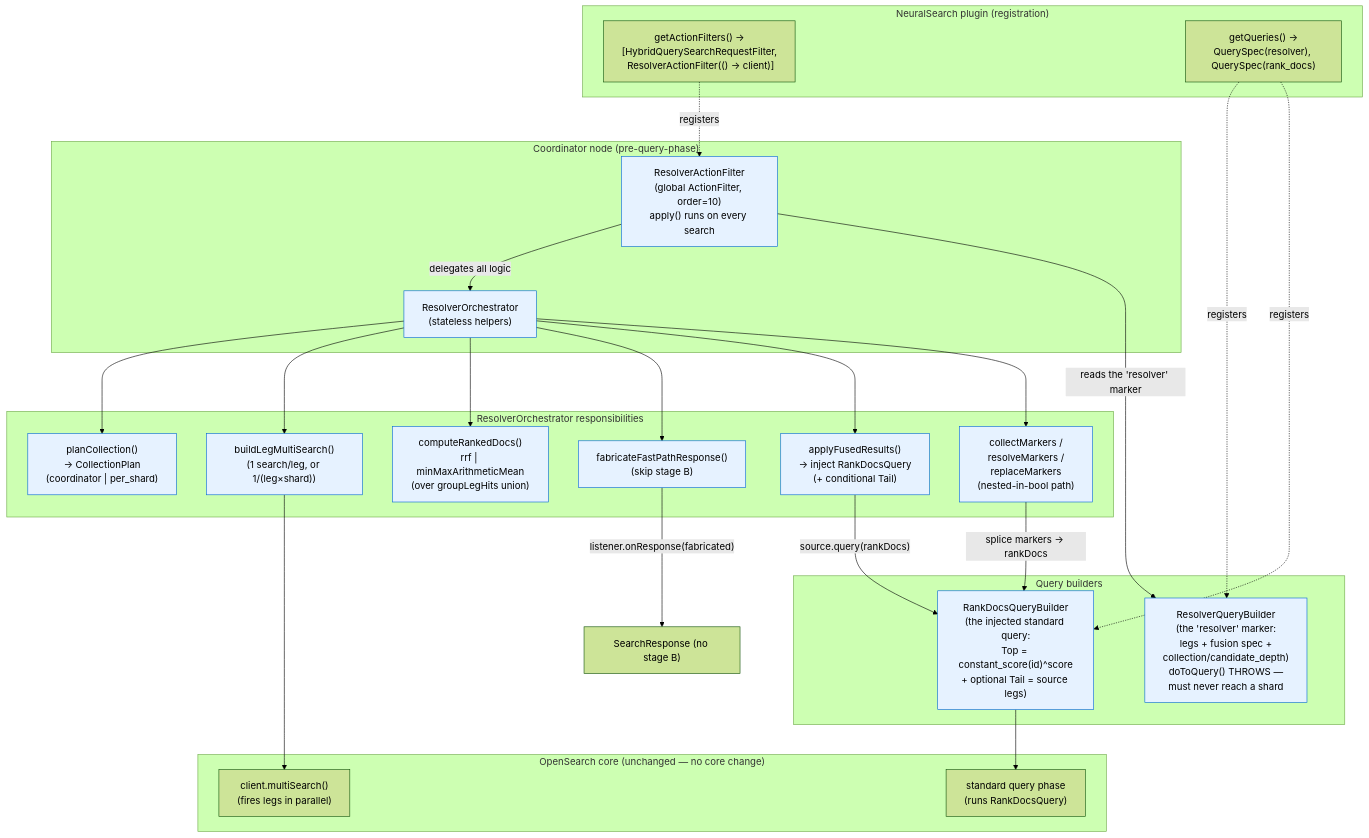
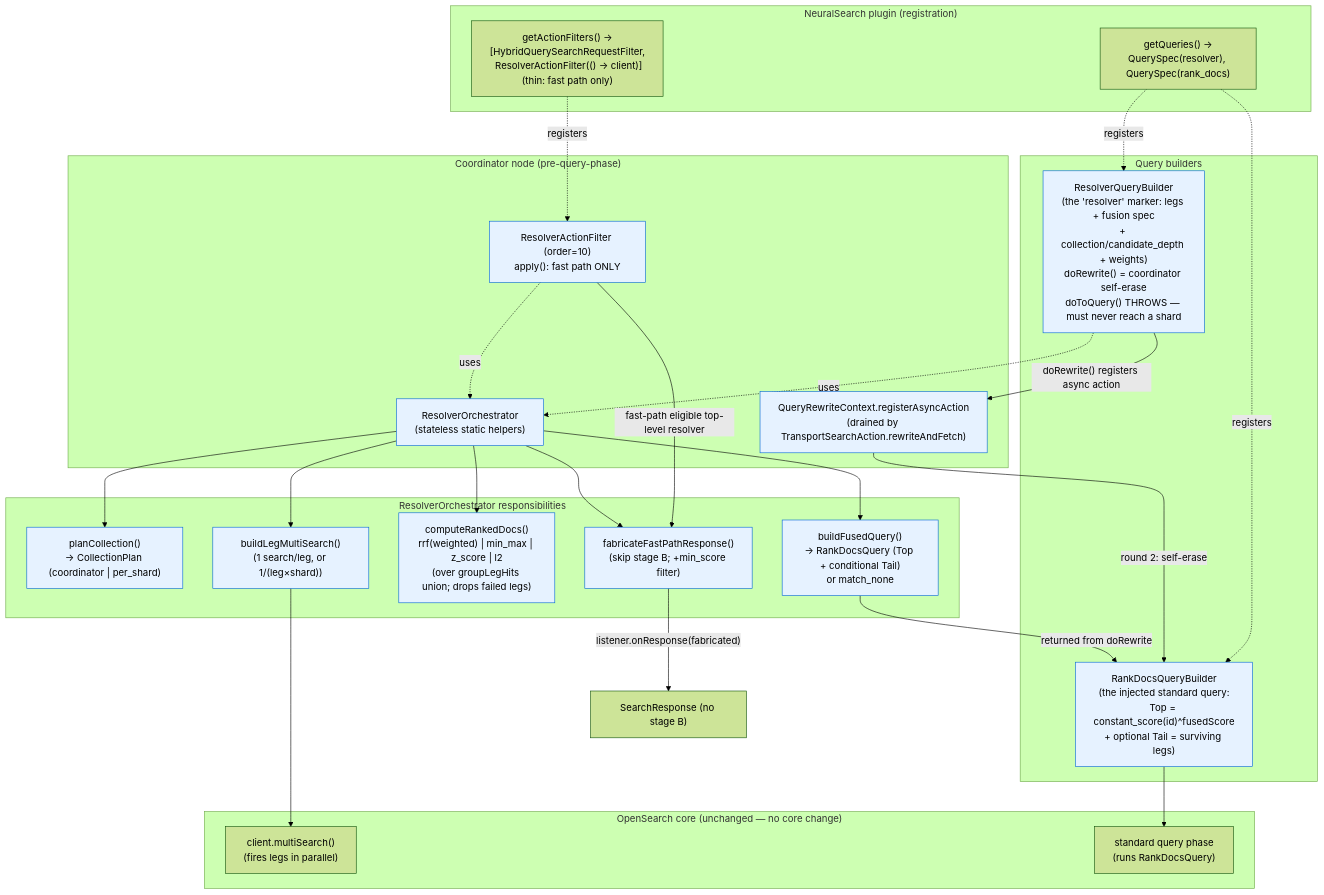
The first of 7 diagrams in RESOLVER_POC_DIAGRAMS.md (martin-gaievski/neural-search), drawn with Mermaid (forest theme) before and after one commit. The commit also changed other lines of this file and 1 other file, not shown here.

First line of the commit message:
docs(resolver): update POC README + diagrams to v2 architecture

````diff
--- a/RESOLVER_POC_DIAGRAMS.md
+++ b/RESOLVER_POC_DIAGRAMS.md
@@ -11,46 +13,48 @@
 ```mermaid
 flowchart TB
     subgraph plugin["NeuralSearch plugin (registration)"]
-        REG_AF["getActionFilters() →\n[HybridQuerySearchRequestFilter,\n ResolverActionFilter(() → client)]"]
         REG_Q["getQueries() →\nQuerySpec(resolver), QuerySpec(rank_docs)"]
+        REG_AF["getActionFilters() →\n[HybridQuerySearchRequestFilter,\n ResolverActionFilter(() → client)]\n(thin: fast path only)"]
+    end
+
+    subgraph queries["Query builders"]
+        RQB["ResolverQueryBuilder\n(the 'resolver' marker: legs + fusion spec\n+ collection/candidate_depth + weights)\ndoRewrite() = coordinator self-erase\ndoToQuery() THROWS — must never reach a shard"]
+        RDQB["RankDocsQueryBuilder\n(the injected standard query:\nTop = constant_score(id)^fusedScore\n+ optional Tail = surviving legs)"]
     end
 
     subgraph coord["Coordinator node (pre-query-phase)"]
-        AF["ResolverActionFilter\n(global ActionFilter, order=10)\napply() runs on every search"]
-        ORCH["ResolverOrchestrator\n(stateless helpers)"]
-        AF -->|"delegates all logic"| ORCH
-    end
-
-    subgraph queries["Query builders"]
-        RQB["ResolverQueryBuilder\n(the 'resolver' marker:\nlegs + fusion spec +\ncollection/candidate_depth)\ndoToQuery() THROWS —\nmust never reach a shard"]
-        RDQB["RankDocsQueryBuilder\n(the injected standard query:\nTop = constant_score(id)^score\n+ optional Tail = source legs)"]
+        RW["QueryRewriteContext.registerAsyncAction\n(drained by TransportSearchAction.rewriteAndFetch)"]
+        AF["ResolverActionFilter (order=10)\napply(): fast path ONLY"]
+        ORCH["ResolverOrchestrator\n(stateless static helpers)"]
     end
 
     subgraph orchparts["ResolverOrchestrator responsibilities"]
-        PLAN["planCollection()\n→ CollectionPlan\n(coordinator | per_shard)"]
+        PLAN["planCollection()\n→ CollectionPlan (coordinator | per_shard)"]
         BUILD["buildLegMultiSearch()\n(1 search/leg, or 1/(leg×shard))"]
-        FUSE["computeRankedDocs()\nrrf | minMaxArithmeticMean\n(over groupLegHits union)"]
-        FAB["fabricateFastPathResponse()\n(skip stage B)"]
-        APPLY["applyFusedResults()\n→ inject RankDocsQuery\n(+ conditional Tail)"]
-        NEST["collectMarkers /\nresolveMarkers /\nreplaceMarkers\n(nested-in-bool path)"]
+        FUSE["computeRankedDocs()\nrrf(weighted) | min_max | z_score | l2\n(over groupLegHits union; drops failed legs)"]
+        BFQ["buildFusedQuery()\n→ RankDocsQuery (Top + conditional Tail)\nor match_none"]
+        FAB["fabricateFastPathResponse()\n(skip stage B; +min_score filter)"]
     end
 
     subgraph core["OpenSearch core (unchanged — no core change)"]
         MS["client.multiSearch()\n(fires legs in parallel)"]
         QP["standard query phase\n(runs RankDocsQuery)"]
     end
 
-    REG_AF -.registers.-> AF
     REG_Q -.registers.-> RQB
     REG_Q -.registers.-> RDQB
-    ORCH --> PLAN & BUILD & FUSE & FAB & APPLY & NEST
-    AF -->|"reads the 'resolver' marker"| RQB
+    REG_AF -.registers.-> AF
+    RQB -->|"doRewrite() registers async action"| RW
+    RW -->|"round 2: self-erase"| RDQB
+    AF -->|"fast-path eligible top-level resolver"| FAB
+    ORCH --> PLAN & BUILD & FUSE & BFQ & FAB
+    RQB -.uses.-> ORCH
+    AF -.uses.-> ORCH
     BUILD --> MS
-    APPLY -->|"source.query(rankDocs)"| RDQB
-    NEST -->|"splice markers → rankDocs"| RDQB
+    BFQ -->|"returned from doRewrite"| RDQB
     RDQB --> QP
     FAB -->|"listener.onResponse(fabricated)"| RESP["SearchResponse (no stage B)"]
 
     classDef novel fill:#e6f2ff,stroke:#0366d6;
-    class AF,ORCH,RQB,RDQB,PLAN,BUILD,FUSE,FAB,APPLY,NEST novel;
+    class RQB,RDQB,RW,AF,ORCH,PLAN,BUILD,FUSE,BFQ,FAB novel;
 ```
````
